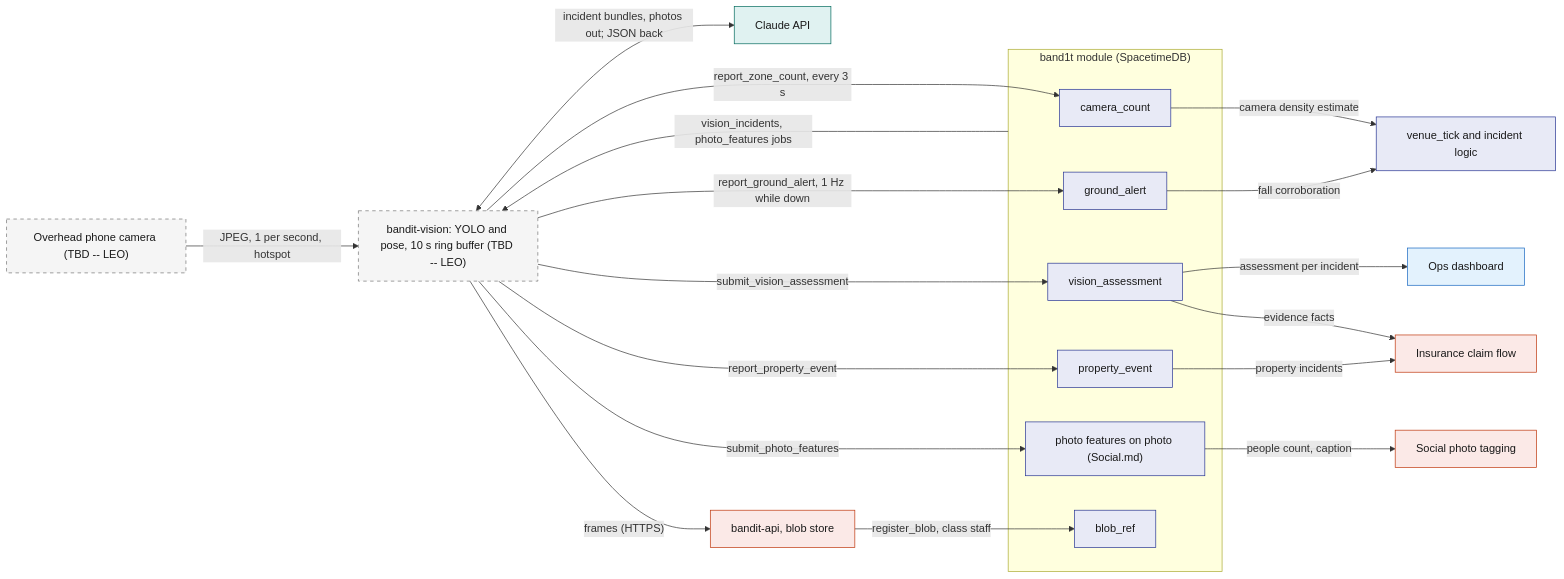
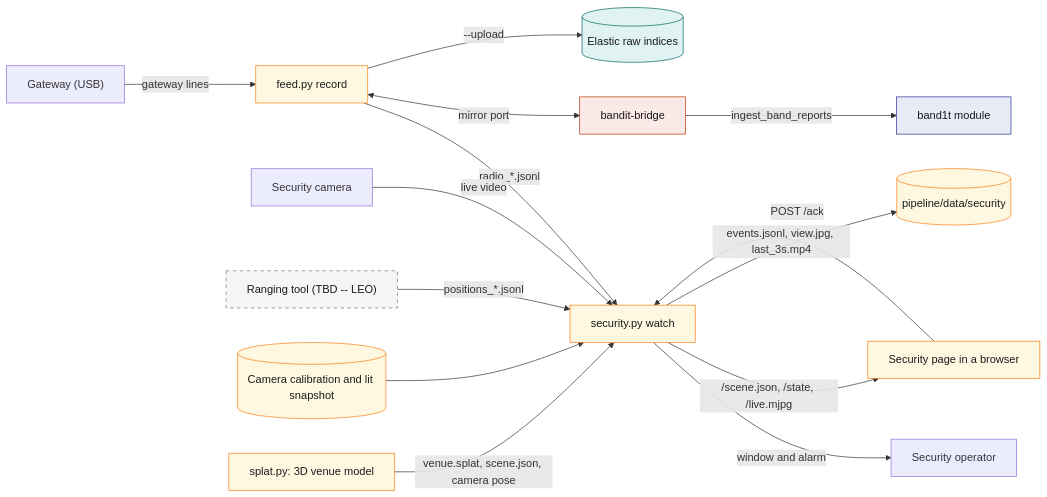
Before and after one commit to viktorinkov/cal-hacks-13: the first of 3 diagrams in System Design/4-devices/Vision.md, drawn with Mermaid. The commit also changed other lines of this file and 22 other files, not shown here.

````diff
--- a/System Design/4-devices/Vision.md
+++ b/System Design/4-devices/Vision.md
@@ -62,37 +75,26 @@
 ```mermaid
 flowchart LR
-    Cam["Overhead phone camera (TBD -- LEO)"] -->|"JPEG, 1 per second, hotspot"| Vis["bandit-vision: YOLO and pose, 10 s ring buffer (TBD -- LEO)"]
-    Vis <-->|"incident bundles, photos out; JSON back"| Claude["Claude API"]
-    Vis -->|"frames (HTTPS)"| Api["bandit-api, blob store"]
-    subgraph M["band1t module (SpacetimeDB)"]
-        CC["camera_count"]
-        GA["ground_alert"]
-        VA["vision_assessment"]
-        PE["property_event"]
-        PF["photo features on photo (Social.md)"]
-        BL["blob_ref"]
-    end
-    Api -->|"register_blob, class staff"| BL
-    Vis -->|"report_zone_count, every 3 s"| CC
-    Vis -->|"report_ground_alert, 1 Hz while down"| GA
-    Vis -->|"submit_vision_assessment"| VA
-    Vis -->|"report_property_event"| PE
-    Vis -->|"submit_photo_features"| PF
-    M -->|"vision_incidents, photo_features jobs"| Vis
-    CC -->|"camera density estimate"| Tick["venue_tick and incident logic"]
-    GA -->|"fall corroboration"| Tick
-    VA -->|"assessment per incident"| Ops["Ops dashboard"]
-    VA -->|"evidence facts"| Hyph["Insurance claim flow"]
-    PE -->|"property incidents"| Hyph
-    PF -->|"people count, caption"| Soc["Social photo tagging"]
+    GW["Gateway (USB)"] -->|"gateway lines"| REC["feed.py record"]
+    REC -->|"radio_*.jsonl"| SEC["security.py watch"]
+    REC <-->|"mirror port"| BR["bandit-bridge"]
+    BR -->|"ingest_band_reports"| MOD["band1t module"]
+    CAM["Security camera"] -->|"live video"| SEC
+    RNG["Ranging tool (TBD -- LEO)"] -->|"positions_*.jsonl"| SEC
+    CAL[("Camera calibration and lit snapshot")] --> SEC
+    SPL["splat.py: 3D venue model"] -->|"venue.splat, scene.json, camera pose"| SEC
+    SEC -->|"window and alarm"| OPR["Security operator"]
+    SEC -->|"/scene.json, /state, /live.mjpg"| PAGE["Security page in a browser"]
+    PAGE -->|"POST /ack"| SEC
+    SEC -->|"events.jsonl, view.jpg, last_3s.mp4"| LOG[("pipeline/data/security")]
+    REC -->|"--upload"| ES[("Elastic raw indices")]
     classDef tbd fill:#F5F5F5,stroke:#757575,color:#1A1A1A,stroke-dasharray:5 5
+    classDef leo fill:#FFF8E1,stroke:#F57F17,color:#1A1A1A
+    classDef stdb fill:#E8EAF6,stroke:#283593,color:#1A1A1A
+    classDef rust fill:#FBE9E7,stroke:#BF360C,color:#1A1A1A
     classDef ext fill:#E0F2F1,stroke:#00695C,color:#1A1A1A
-    classDef rust fill:#FBE9E7,stroke:#BF360C,color:#1A1A1A
-    classDef stdb fill:#E8EAF6,stroke:#283593,color:#1A1A1A
-    classDef web fill:#E3F2FD,stroke:#1565C0,color:#1A1A1A
-    class Cam,Vis tbd
-    class Claude ext
-    class Api,Hyph,Soc rust
-    class CC,GA,VA,PE,PF,BL,Tick stdb
-    class Ops web
+    class RNG tbd
+    class REC,SEC,SPL,CAL,PAGE,LOG leo
+    class MOD stdb
+    class BR rust
+    class ES ext
 ```
````
